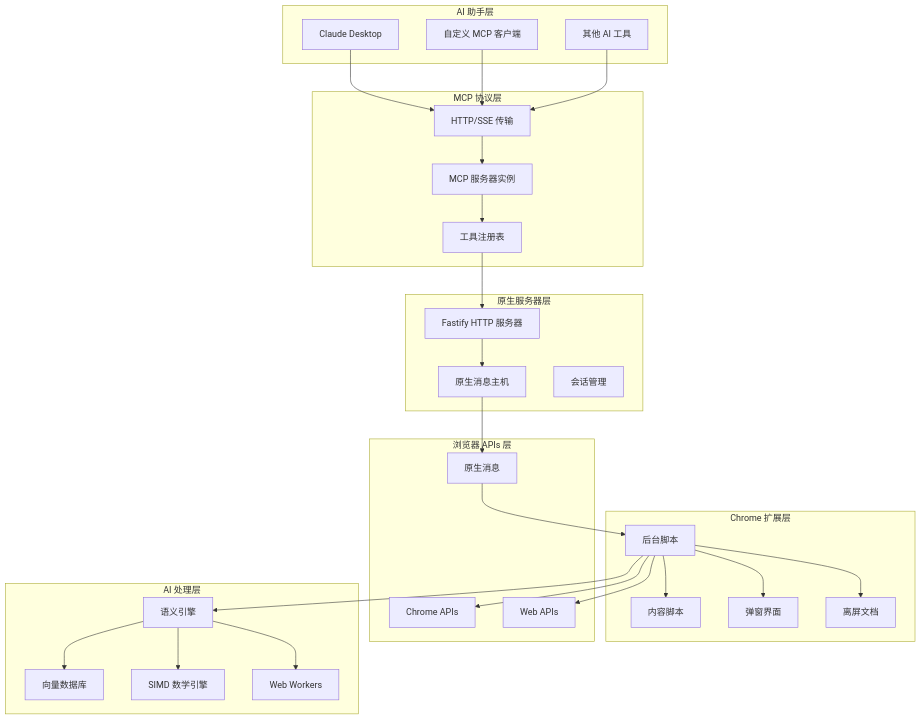
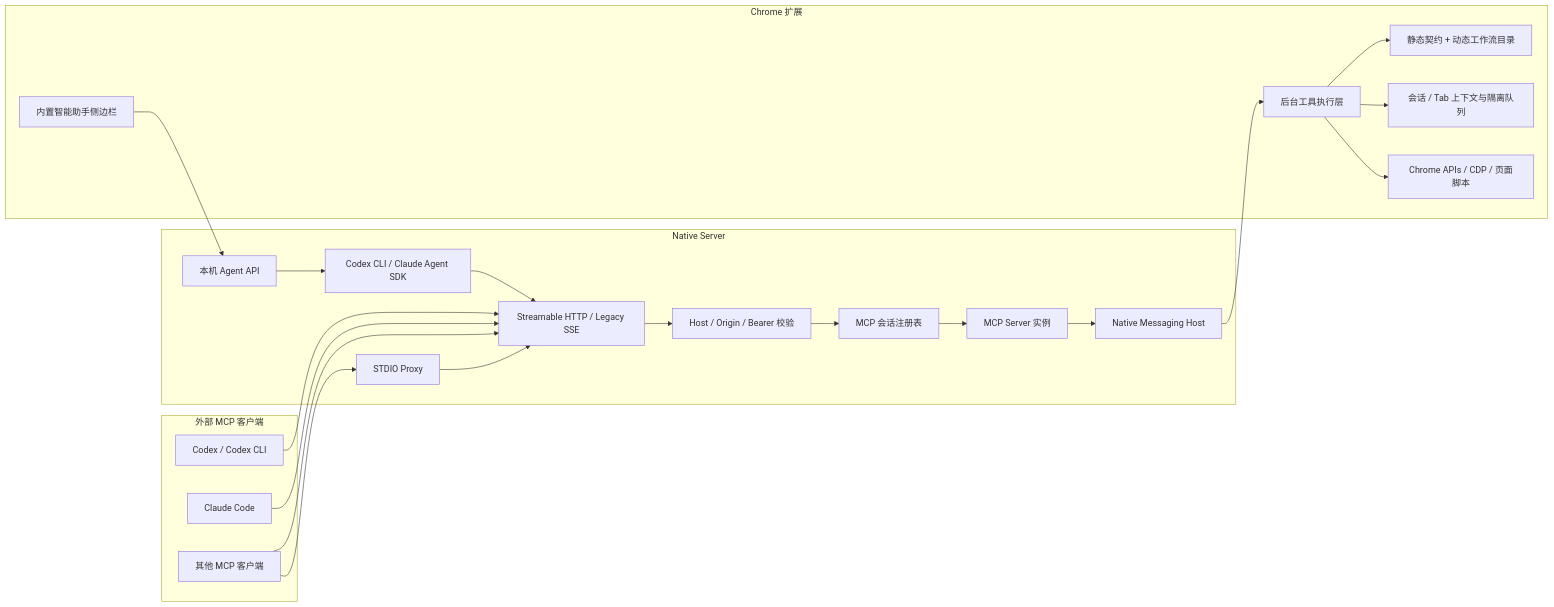
The diagram in docs/ARCHITECTURE_zh.md (y-chell/mcp-chrome-community), drawn with Mermaid before and after one commit. The commit also changed other lines of this file and 27 other files, not shown here.

Commit message:
feat(agent): modernize local assistants and MCP docs

````diff
--- a/docs/ARCHITECTURE_zh.md
+++ b/docs/ARCHITECTURE_zh.md
@@ -26,59 +14,40 @@
 ```mermaid
-graph TB
-    subgraph "AI 助手层"
-        A[Claude Desktop]
-        B[自定义 MCP 客户端]
-        C[其他 AI 工具]
-    end
+flowchart LR
+  subgraph Clients[外部 MCP 客户端]
+    Codex[Codex / Codex CLI]
+    Claude[Claude Code]
+    Other[其他 MCP 客户端]
+  end
 
-    subgraph "MCP 协议层"
-        D[HTTP/SSE 传输]
-        E[MCP 服务器实例]
-        F[工具注册表]
-    end
+  subgraph Native[Native Server]
+    HTTP[Streamable HTTP / Legacy SSE]
+    STDIO[STDIO Proxy]
+    Security[Host / Origin / Bearer 校验]
+    Registry[MCP 会话注册表]
+    MCP[MCP Server 实例]
+    AgentAPI[本机 Agent API]
+    AgentRuntime[Codex CLI / Claude Agent SDK]
+    NativeHost[Native Messaging Host]
+  end
 
-    subgraph "原生服务器层"
-        G[Fastify HTTP 服务器]
-        H[原生消息主机]
-        I[会话管理]
-    end
+  subgraph Extension[Chrome 扩展]
+    Background[后台工具执行层]
+    Catalog[静态契约 + 动态工作流目录]
+    Context[会话 / Tab 上下文与隔离队列]
+    Sidepanel[内置智能助手侧边栏]
+    Browser[Chrome APIs / CDP / 页面脚本]
+  end
 
-    subgraph "Chrome 扩展层"
-        J[后台脚本]
-        K[内容脚本]
-        L[弹窗界面]
-        M[离屏文档]
-    end
-
-    subgraph "浏览器 APIs 层"
-        N[Chrome APIs]
-        O[Web APIs]
-        P[原生消息]
-    end
-
-    subgraph "AI 处理层"
-        Q[语义引擎]
-        R[向量数据库]
-        S[SIMD 数学引擎]
-        T[Web Workers]
-    end
-
-    A --> D
-    B --> D
-    C --> D
-    D --> E
-    E --> F
-    F --> G
-    G --> H
-    H --> P
-    P --> J
-    J --> K
-    J --> L
-    J --> M
-    J --> N
-    J --> O
-    J --> Q
-    Q --> R
-    Q --> S
-    Q --> T
+  Codex --> HTTP
+  Claude --> HTTP
+  Other --> HTTP
+  Other --> STDIO
+  STDIO --> HTTP
+  HTTP --> Security --> Registry --> MCP
+  MCP --> NativeHost --> Background
+  Background --> Catalog
+  Background --> Context
+  Background --> Browser
+  Sidepanel --> AgentAPI --> AgentRuntime
+  AgentRuntime --> HTTP
 ```
````
